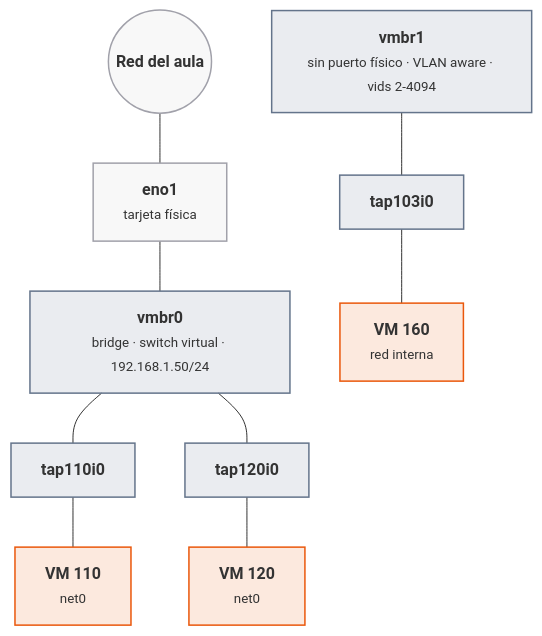
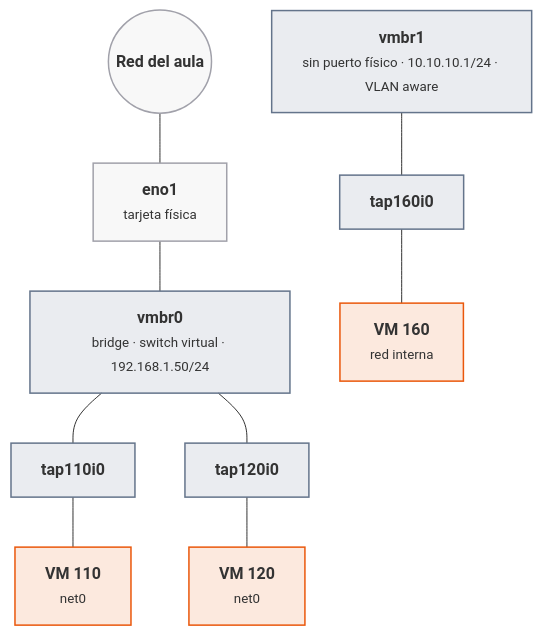
The sixth of 13 diagrams in docs/ut/ut1-virtualizacion.md (victor-educ/apuntes-5166), drawn with Mermaid before and after one commit. The commit also changed other lines of this file and 15 other files, not shown here.

````diff
--- a/docs/ut/ut1-virtualizacion.md
+++ b/docs/ut/ut1-virtualizacion.md
@@ -364,23 +368,23 @@
 ```mermaid
 flowchart TB
     RED(("<b>Red del aula</b>")):::infra
     ENO["<b>eno1</b><br><small>tarjeta física</small>"]:::infra
     BR0["<b>vmbr0</b><br><small>bridge · switch virtual · 192.168.1.50/24</small>"]:::pieza
     T1["<b>tap110i0</b>"]:::pieza
     T2["<b>tap120i0</b>"]:::pieza
     V1["<b>VM 110</b><br><small>net0</small>"]:::act
     V2["<b>VM 120</b><br><small>net0</small>"]:::act
-    BR1["<b>vmbr1</b><br><small>sin puerto físico · VLAN aware · vids 2-4094</small>"]:::pieza
-    T3["<b>tap103i0</b>"]:::pieza
+    BR1["<b>vmbr1</b><br><small>sin puerto físico · 10.10.10.1/24 · VLAN aware</small>"]:::pieza
+    T3["<b>tap160i0</b>"]:::pieza
     V3["<b>VM 160</b><br><small>red interna</small>"]:::act
     RED --- ENO --- BR0
     BR0 --- T1 --- V1
     BR0 --- T2 --- V2
     BR1 --- T3 --- V3
     classDef act fill:#ea580c22,stroke:#ea580c,stroke-width:1.5px
     classDef pieza fill:#64748b22,stroke:#64748b,stroke-width:1.5px
     classDef dato fill:#2563eb22,stroke:#2563eb,stroke-width:1.5px
     classDef infra fill:#a1a1aa14,stroke:#a1a1aa,stroke-width:1.5px
     classDef ok fill:#16a34a22,stroke:#16a34a,stroke-width:1.5px
     classDef riesgo fill:#dc262622,stroke:#dc2626,stroke-width:1.5px
 ```
````
